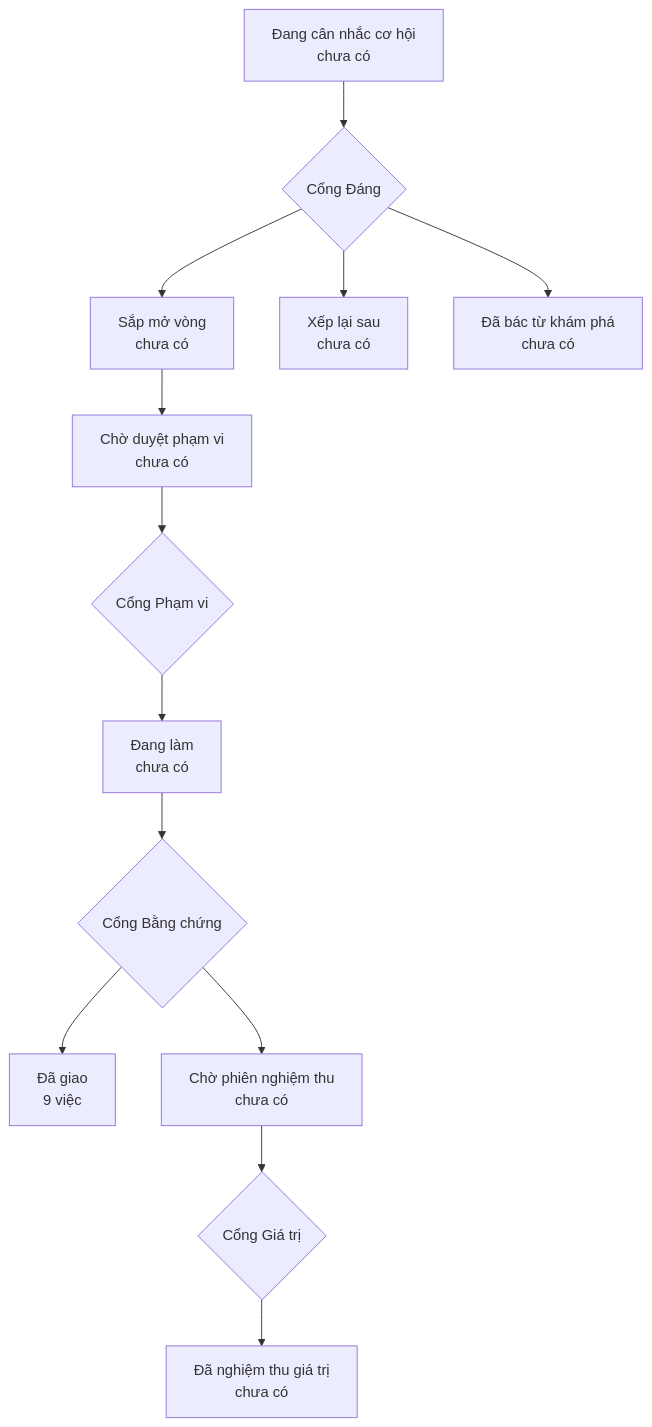
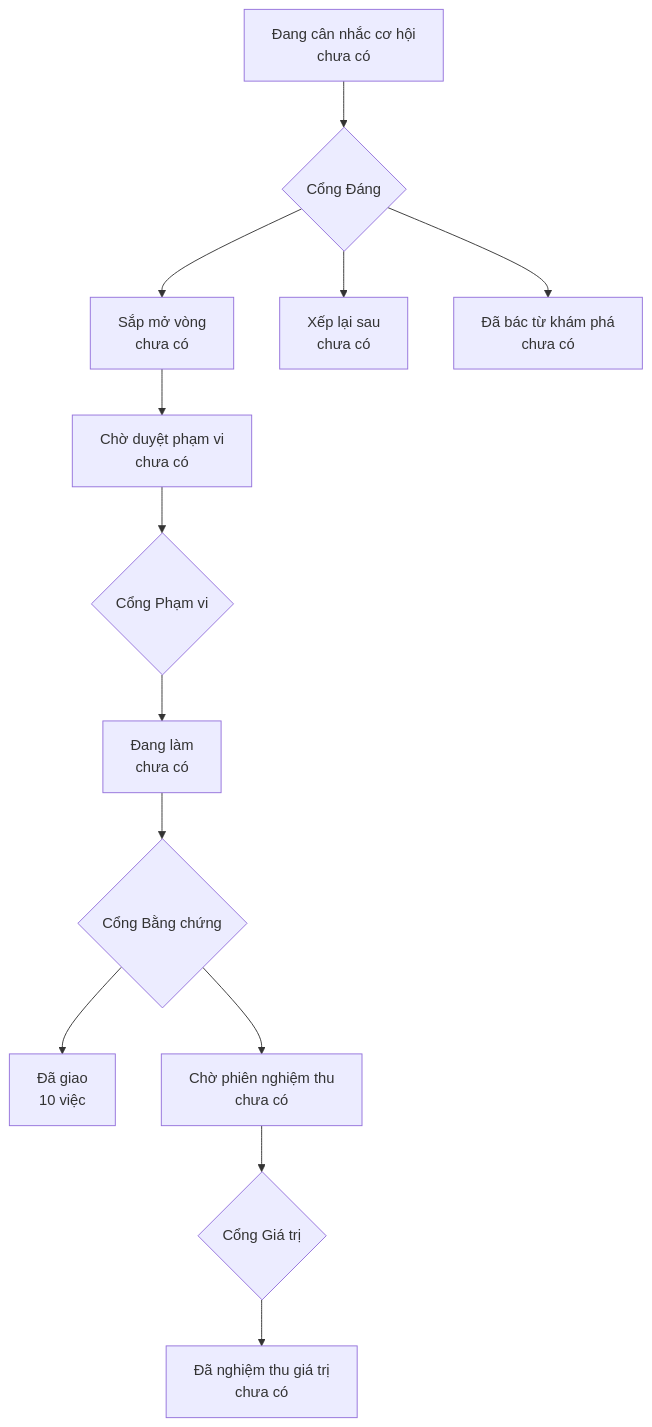
One commit to phanlemanh/onehub-invest changed the diagram in PRODUCT-MAP.md. Above: the diagram before and after it, drawn with Mermaid. The commit also changed other lines of this file and 2 other files, not shown here.

Commit message:
fix(ui-standards): api-contract B1 không so phần hoãn với bản chụp — đòi không sửa so với main
Merge main mang enrich (PR #14) đổi lời gọi decide trong review-card.tsx (Task 12, hoãn).

````diff
--- a/PRODUCT-MAP.md
+++ b/PRODUCT-MAP.md
@@ -6,12 +6,12 @@
 ```mermaid
 flowchart TD
   A["Đang cân nhắc cơ hội<br/>chưa có"] --> GD{"Cổng Đáng"}
   GD --> B["Sắp mở vòng<br/>chưa có"]
   GD --> XL["Xếp lại sau<br/>chưa có"]
   GD --> DB["Đã bác từ khám phá<br/>chưa có"]
   B --> CD["Chờ duyệt phạm vi<br/>chưa có"] --> GP{"Cổng Phạm vi"}
   GP --> DL["Đang làm<br/>chưa có"] --> GB{"Cổng Bằng chứng"}
-  GB --> DG["Đã giao<br/>9 việc"]
+  GB --> DG["Đã giao<br/>10 việc"]
   GB --> CN["Chờ phiên nghiệm thu<br/>chưa có"] --> GG{"Cổng Giá trị"}
   GG --> NT["Đã nghiệm thu giá trị<br/>chưa có"]
 ```
````
